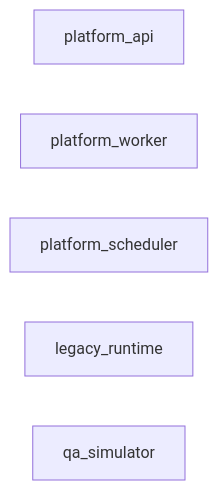
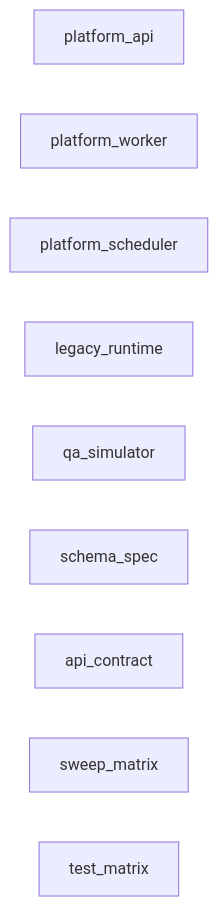
One commit to fusionbikesok-ui/Herramientas changed the first of 5 diagrams in docs/superpowers/deliveries/E1-fundacion-sombra.md. Above: the diagram before and after it, drawn with Mermaid. The commit also changed other lines of this file and 12 other files, not shown here.

````diff
--- a/docs/superpowers/deliveries/E1-fundacion-sombra.md
+++ b/docs/superpowers/deliveries/E1-fundacion-sombra.md
@@ -224,8 +224,12 @@
 ```mermaid
 flowchart LR
   platform_api[platform_api]
   platform_worker[platform_worker]
   platform_scheduler[platform_scheduler]
   legacy_runtime[legacy_runtime]
   qa_simulator[qa_simulator]
+  schema_spec[schema_spec]
+  api_contract[api_contract]
+  sweep_matrix[sweep_matrix]
+  test_matrix[test_matrix]
 ```
````
